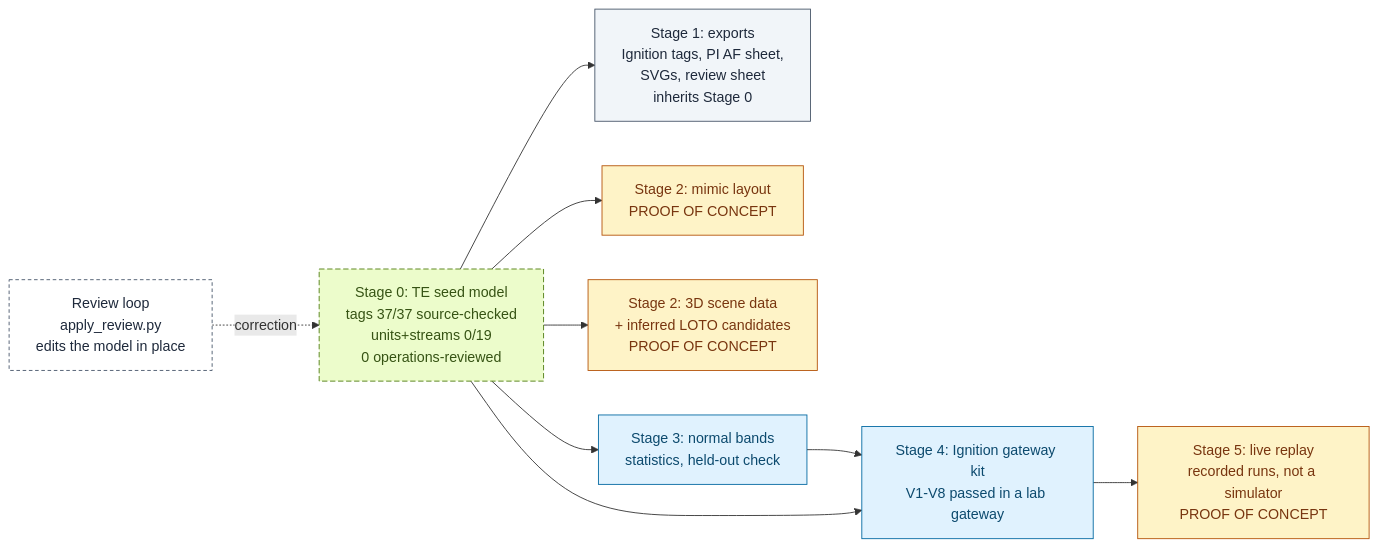
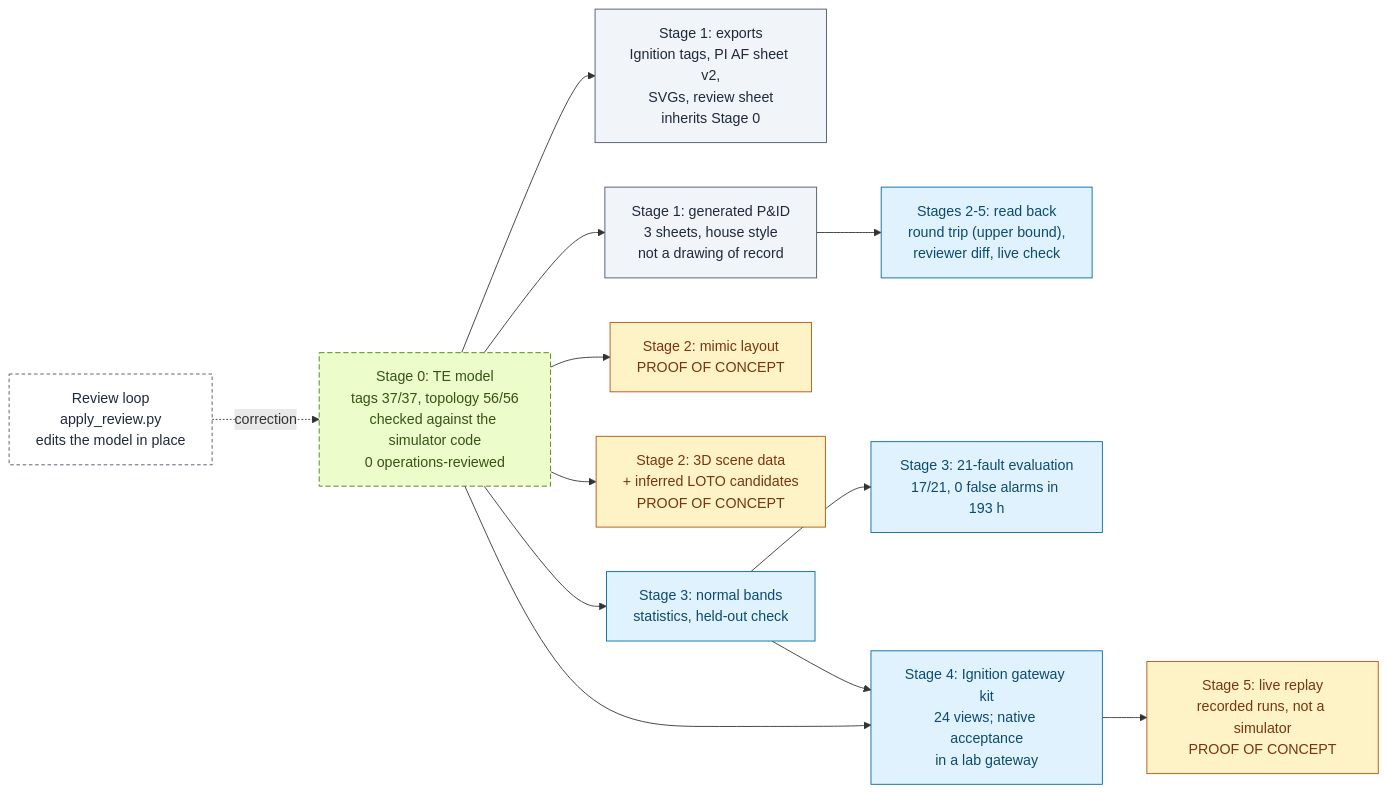
One commit to steve-vitale/pid-to-digital-twin changed the first of 2 diagrams in docs/DATA_LINEAGE.md. Above: the diagram before and after it, drawn with Mermaid. The commit also changed other lines of this file and 30 other files, not shown here.

````diff
--- a/docs/DATA_LINEAGE.md
+++ b/docs/DATA_LINEAGE.md
@@ -91,20 +100,25 @@
 ```mermaid
 flowchart LR
-    S0["Stage 0: TE seed model<br/>tags 37/37 source-checked<br/>units+streams 0/19<br/>0 operations-reviewed"]:::partial
+    S0["Stage 0: TE model<br/>tags 37/37, topology 56/56<br/>checked against the simulator code<br/>0 operations-reviewed"]:::partial
     R["Review loop<br/>apply_review.py<br/>edits the model in place"]:::human
-    E["Stage 1: exports<br/>Ignition tags, PI AF sheet,<br/>SVGs, review sheet<br/>inherits Stage 0"]:::inherits
+    E["Stage 1: exports<br/>Ignition tags, PI AF sheet v2,<br/>SVGs, review sheet<br/>inherits Stage 0"]:::inherits
+    PID["Stage 1: generated P&ID<br/>3 sheets, house style<br/>not a drawing of record"]:::inherits
+    RT["Stages 2-5: read back<br/>round trip (upper bound),<br/>reviewer diff, live check"]:::measured
+    F["Stage 3: 21-fault evaluation<br/>17/21, 0 false alarms in 193 h"]:::measured
     M["Stage 2: mimic layout<br/>PROOF OF CONCEPT"]:::poc
     D["Stage 2: 3D scene data<br/>+ inferred LOTO candidates<br/>PROOF OF CONCEPT"]:::poc
     B["Stage 3: normal bands<br/>statistics, held-out check"]:::measured
-    G["Stage 4: Ignition gateway kit<br/>V1-V8 passed in a lab gateway"]:::measured
+    G["Stage 4: Ignition gateway kit<br/>24 views; native acceptance<br/>in a lab gateway"]:::measured
     P["Stage 5: live replay<br/>recorded runs, not a simulator<br/>PROOF OF CONCEPT"]:::poc
-    S0 --> E & M & D & B
+    S0 --> E & M & D & B & PID
+    PID --> RT
     R -. correction .-> S0
     B --> G
+    B --> F
     S0 --> G --> P
     classDef partial fill:#ecfccb,stroke:#4d7c0f,stroke-dasharray:6 3,color:#365314
     classDef measured fill:#e0f2fe,stroke:#0369a1,color:#0c4a6e
     classDef inherits fill:#f1f5f9,stroke:#475569,color:#1e293b
     classDef poc fill:#fef3c7,stroke:#b45309,color:#78350f
     classDef human fill:#ffffff,stroke:#475569,stroke-dasharray:4 3,color:#1e293b
 ```
````
